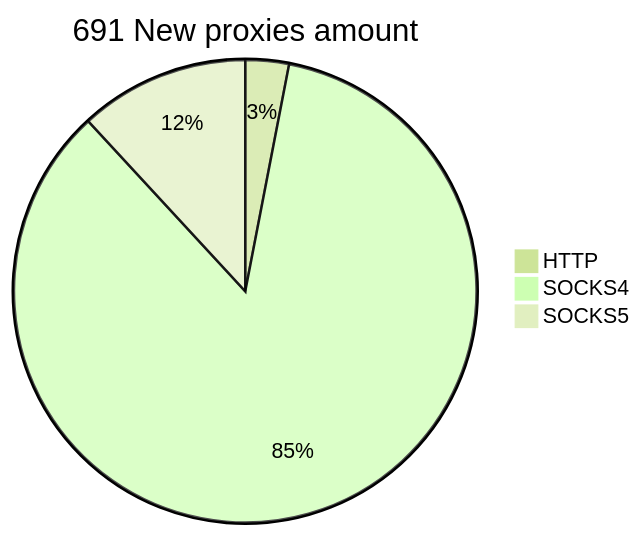
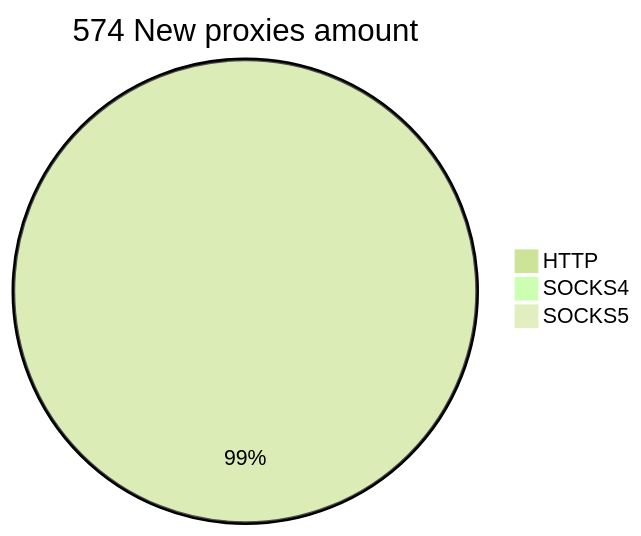
Before and after one commit to cutipu/proxylist: the second of 2 diagrams in README.md, drawn with Mermaid (forest theme). The commit also changed other lines of this file, not shown here.

````diff
--- a/README.md
+++ b/README.md
@@ -10,6 +10,6 @@
 ```mermaid
-pie title 691 New proxies amount
-    "HTTP" : 21
-    "SOCKS4" : 588
-    "SOCKS5" : 82
+pie title 574 New proxies amount
+    "HTTP" : 569
+    "SOCKS4" : 5
+    "SOCKS5" : 0
 ```
````
